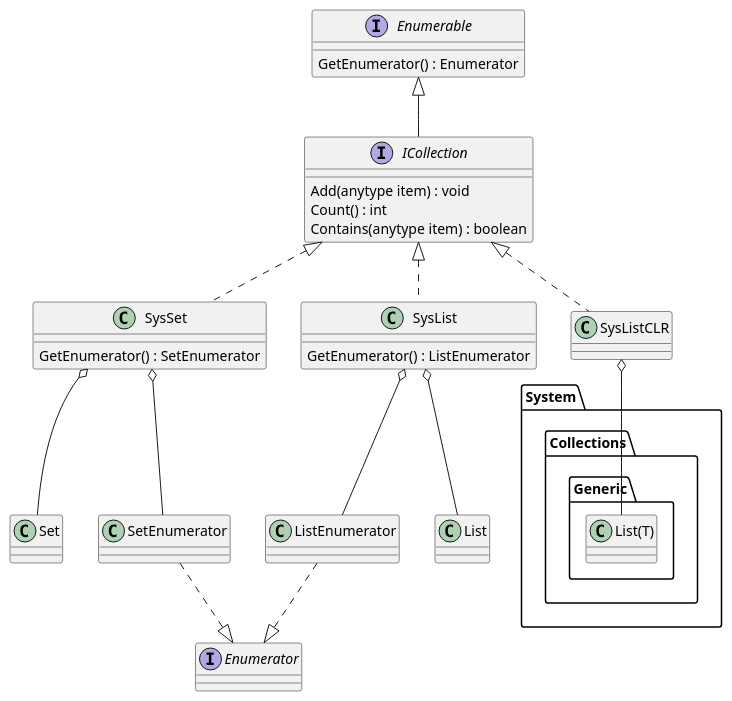
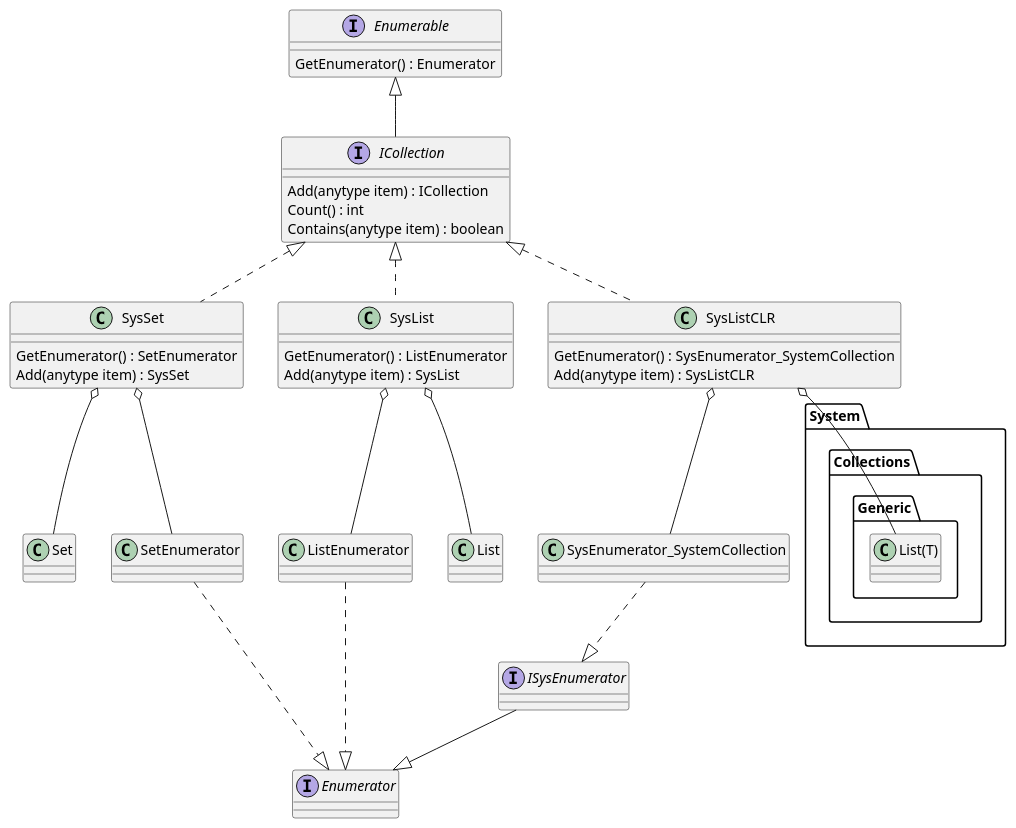
The diagram in schema.puml (d-tolstov/Ax2009-ICollection), drawn with PlantUML before and after one commit. The commit also changed 1 other file, not shown here.

Commit message:
Change schema

```diff
--- a/schema.puml
+++ b/schema.puml
@@ -1,55 +1,68 @@
 @startuml "ICollection"
 
 interface Enumerable{
     GetEnumerator() : Enumerator
 }
 
 interface ICollection{
-    Add(anytype item) : void
+    Add(anytype item) : ICollection
     Count() : int
     Contains(anytype item) : boolean
 }
 Enumerable <|-- ICollection
 
 class SysSet{
     GetEnumerator() : SetEnumerator
+    Add(anytype item) : SysSet
 }
 ICollection <|.. SysSet
 
 class Set{
 }
 SysSet o-- Set
 
 class SetEnumerator{
 }
 SysSet o-- SetEnumerator
 
 class SysList{
     GetEnumerator() : ListEnumerator
+    Add(anytype item) : SysList
 }
 ICollection <|.. SysList
 
 class ListEnumerator{
 }
 SysList o-- ListEnumerator
 
 class List{
 }
 SysList o-- List
 
 interface Enumerator{
 }
 SetEnumerator ..|> Enumerator
 ListEnumerator ..|> Enumerator
 
 class SysListCLR{
+    GetEnumerator() : SysEnumerator_SystemCollection
+    Add(anytype item) : SysListCLR
 }
 ICollection <|.. SysListCLR
+
+class SysEnumerator_SystemCollection{
+}
+SysListCLR o-- SysEnumerator_SystemCollection
+
+interface ISysEnumerator{
+}
+SysEnumerator_SystemCollection ..|> ISysEnumerator
+ISysEnumerator --|> Enumerator
 
 package System.Collections.Generic{
     class List(T){
     }
     SysListCLR o-- "List(T)"
 }
 
 @enduml
```
